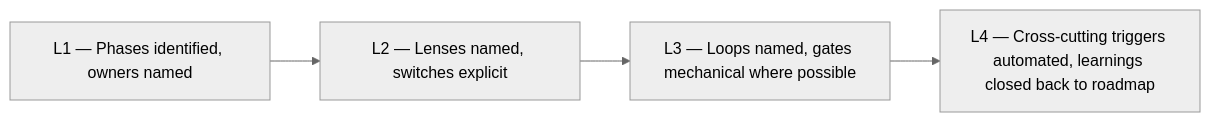
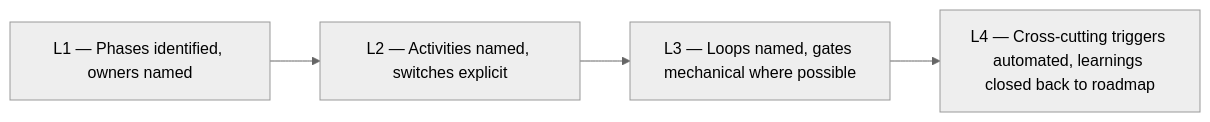
One commit to kamkie/technical-interview-frontend changed the eighth of 8 diagrams in ai/specs/APPLICATION_LIFECYCLE_DIAGRAMS.md. Above: the diagram before and after it, drawn with Mermaid (neutral theme). The commit also changed other lines of this file and 16 other files, not shown here.

````diff
--- a/ai/specs/APPLICATION_LIFECYCLE_DIAGRAMS.md
+++ b/ai/specs/APPLICATION_LIFECYCLE_DIAGRAMS.md
@@ -200,6 +200,6 @@
 ```mermaid
 flowchart LR
-    L1["L1 — Phases identified, owners named"] --> L2["L2 — Lenses named, switches explicit"]
+    L1["L1 — Phases identified, owners named"] --> L2["L2 — Activities named, switches explicit"]
     L2 --> L3["L3 — Loops named, gates mechanical where possible"]
     L3 --> L4["L4 — Cross-cutting triggers automated, learnings closed back to roadmap"]
 ```
````
